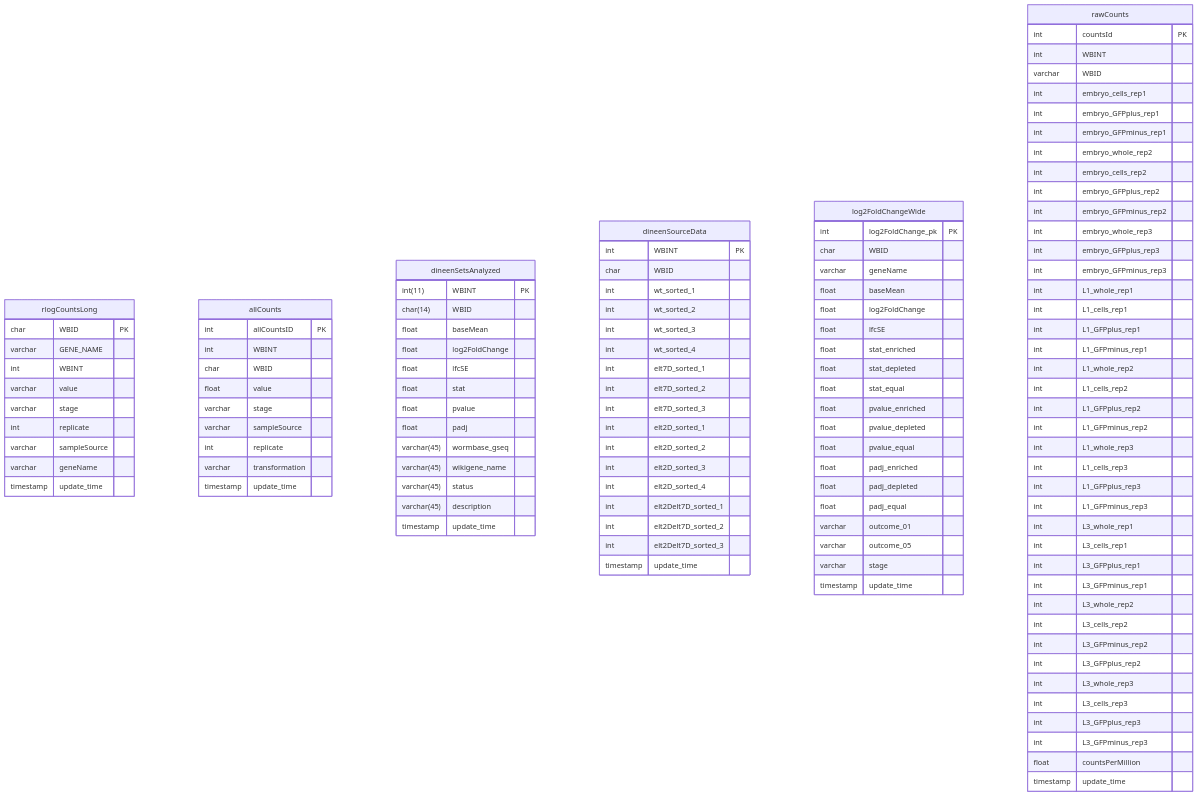
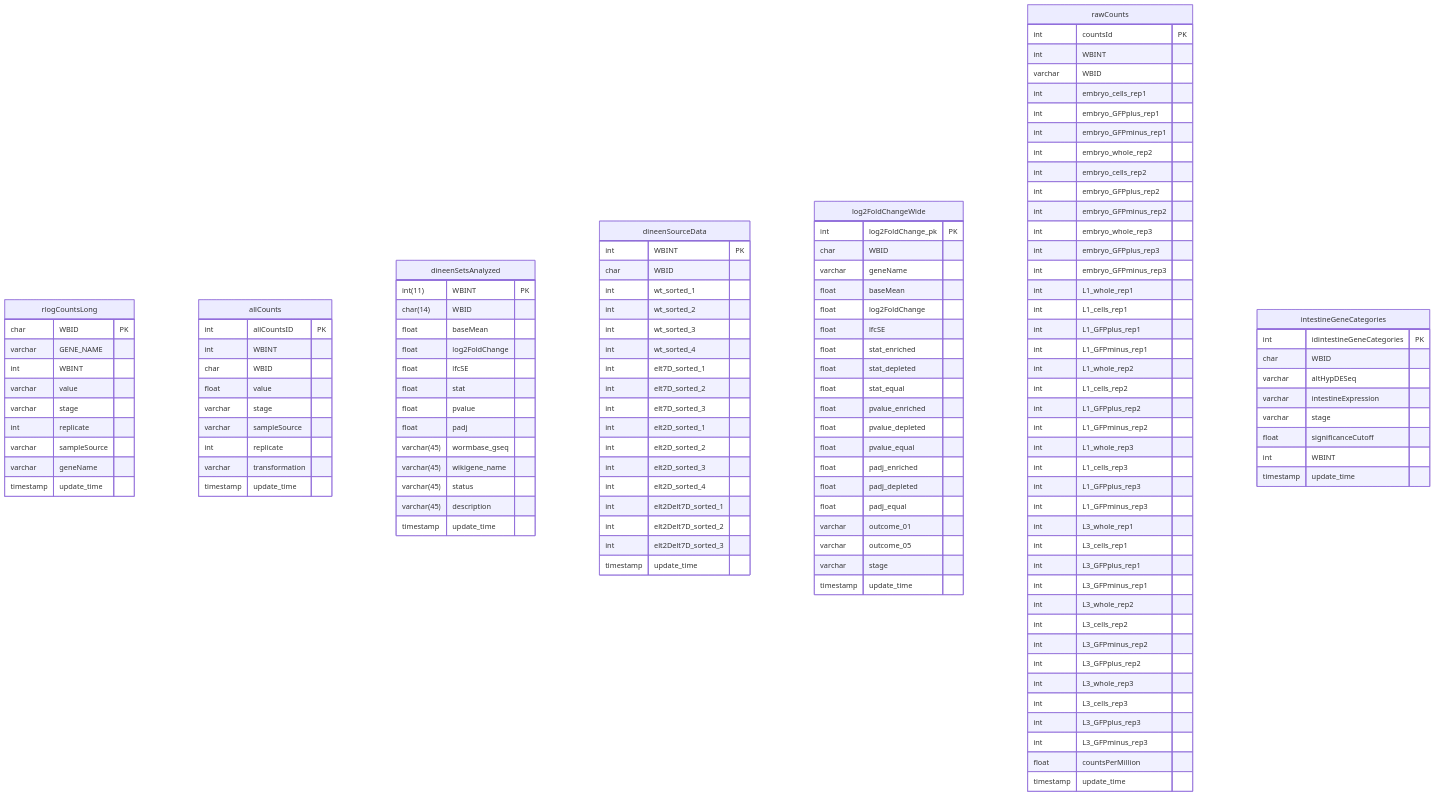
One commit to meekrob/OnishRDB changed the diagram in README.md. Above: the diagram before and after it, drawn with Mermaid.

````diff
--- a/README.md
+++ b/README.md
@@ -215,4 +215,16 @@
 timestamp update_time
 }
 
+
+intestineGeneCategories { 
+int idintestineGeneCategories PK
+char WBID 
+varchar altHypDESeq 
+varchar intestineExpression 
+varchar stage 
+float significanceCutoff 
+int WBINT 
+timestamp update_time
+}
+
 ```
````
